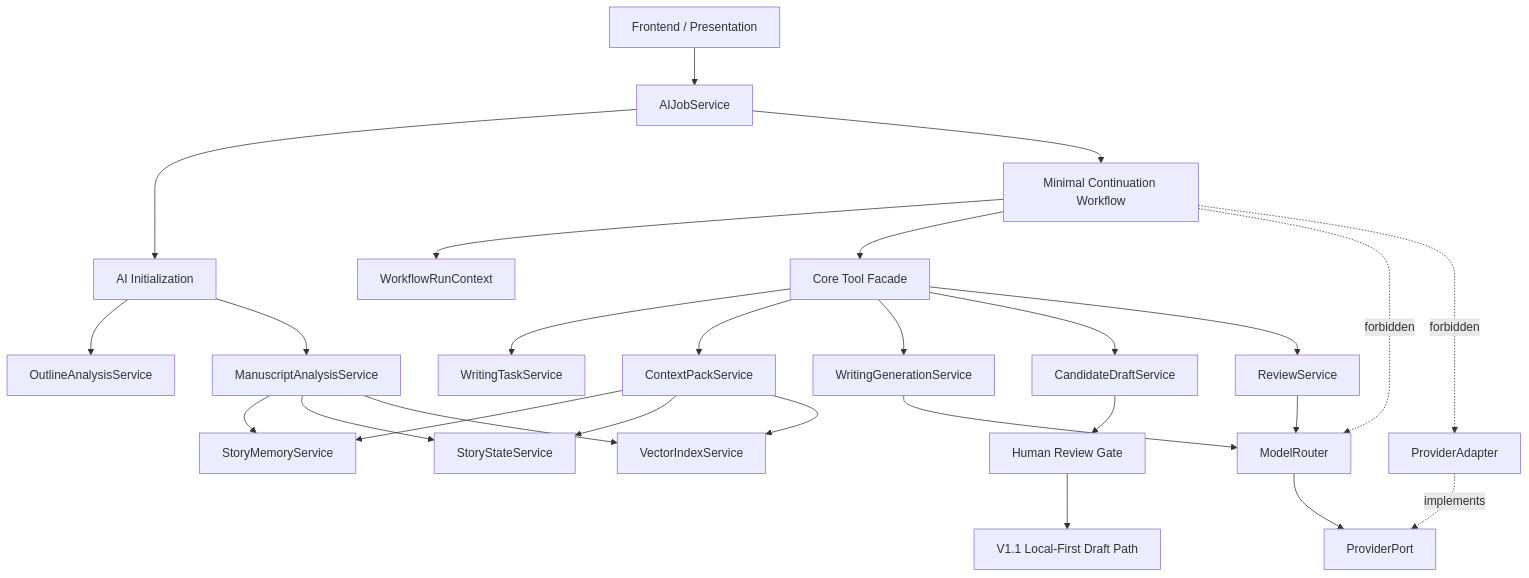
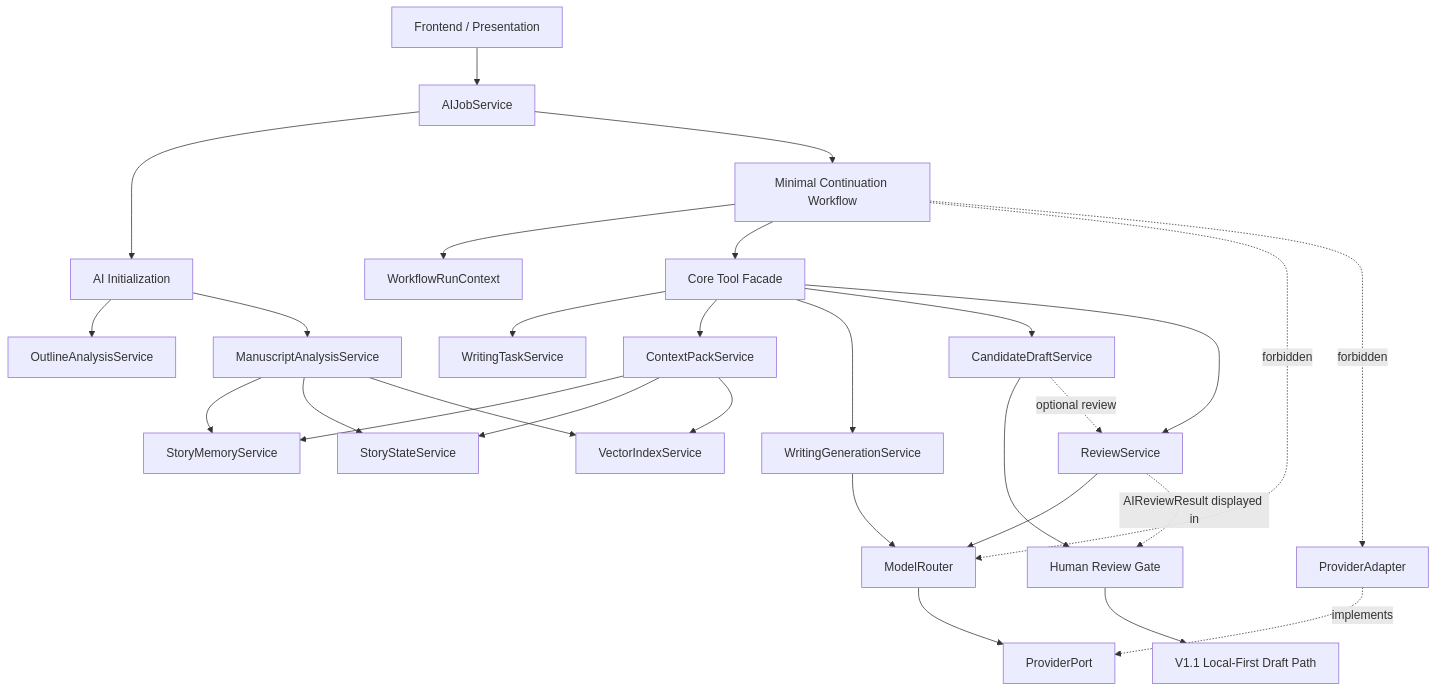
One commit to octsfm/InkTrace changed the first of 9 diagrams in docs/03_design/InkTrace-V2.0-P0-详细设计总纲.md. Above: the diagram before and after it, drawn with Mermaid. The commit also changed other lines of this file and 7 other files, not shown here.

````diff
--- a/docs/03_design/InkTrace-V2.0-P0-详细设计总纲.md
+++ b/docs/03_design/InkTrace-V2.0-P0-详细设计总纲.md
@@ -151,35 +164,37 @@
 ```mermaid
 flowchart TB
     UI["Frontend / Presentation"] --> Job["AIJobService"]
     Job --> Init["AI Initialization"]
     Job --> Workflow["Minimal Continuation Workflow"]
 
     Workflow --> Run["WorkflowRunContext"]
     Workflow --> Tool["Core Tool Facade"]
 
     Tool --> Task["WritingTaskService"]
     Tool --> Context["ContextPackService"]
     Tool --> Generation["WritingGenerationService"]
     Tool --> Draft["CandidateDraftService"]
     Tool --> Review["ReviewService"]
 
     Init --> Outline["OutlineAnalysisService"]
     Init --> Manuscript["ManuscriptAnalysisService"]
     Manuscript --> Memory["StoryMemoryService"]
     Manuscript --> State["StoryStateService"]
     Manuscript --> Vector["VectorIndexService"]
 
     Context --> Memory
     Context --> State
     Context --> Vector
     Generation --> Router["ModelRouter"]
     Review --> Router
     Router --> ProviderPort["ProviderPort"]
     ProviderAdapter["ProviderAdapter"] -. "implements" .-> ProviderPort
 
     Draft --> Gate["Human Review Gate"]
+    Draft -. "optional review" .-> Review
+    Review -. "AIReviewResult displayed in" .-> Gate
     Gate --> LocalFirst["V1.1 Local-First Draft Path"]
 
     Workflow -. "forbidden" .-> Router
     Workflow -. "forbidden" .-> ProviderAdapter
 ```
````
